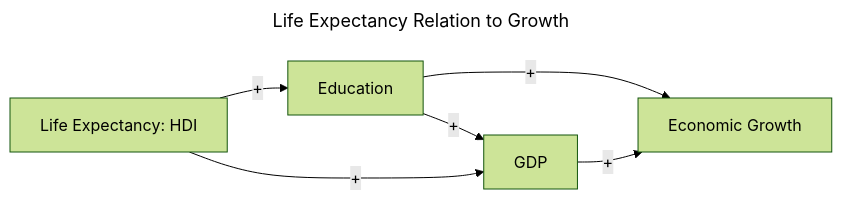
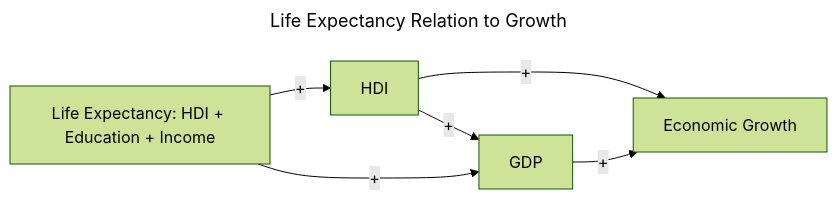
Before and after one commit to ecn310/course-project-development: the diagram in Paper Summaries.md, drawn with Mermaid (forest theme). The commit also changed other lines of this file, not shown here.

````diff
--- a/Paper Summaries.md
+++ b/Paper Summaries.md
@@ -30,9 +37,9 @@
 ```mermaid
 ---
 title: Life Expectancy Relation to Growth
 ---
 flowchart LR
- A["Life Expectancy: HDI "] --#43;--> B["Education"]--#43;--> C["Economic Growth"]
+ A["Life Expectancy: HDI + Education + Income "] --#43;--> B["HDI"]--#43;--> C["Economic Growth"]
 A--#43;--> D["GDP"]--#43;--> C
 B --#43;-->D
 ```
````
